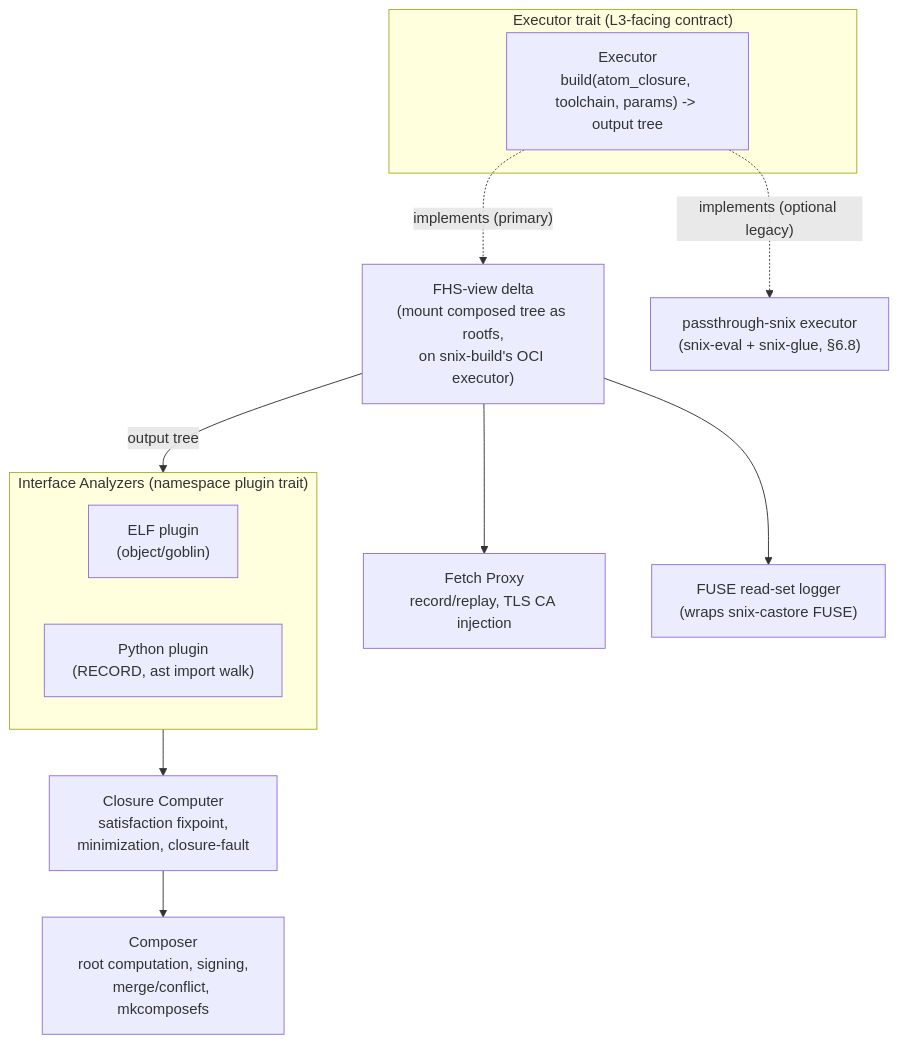
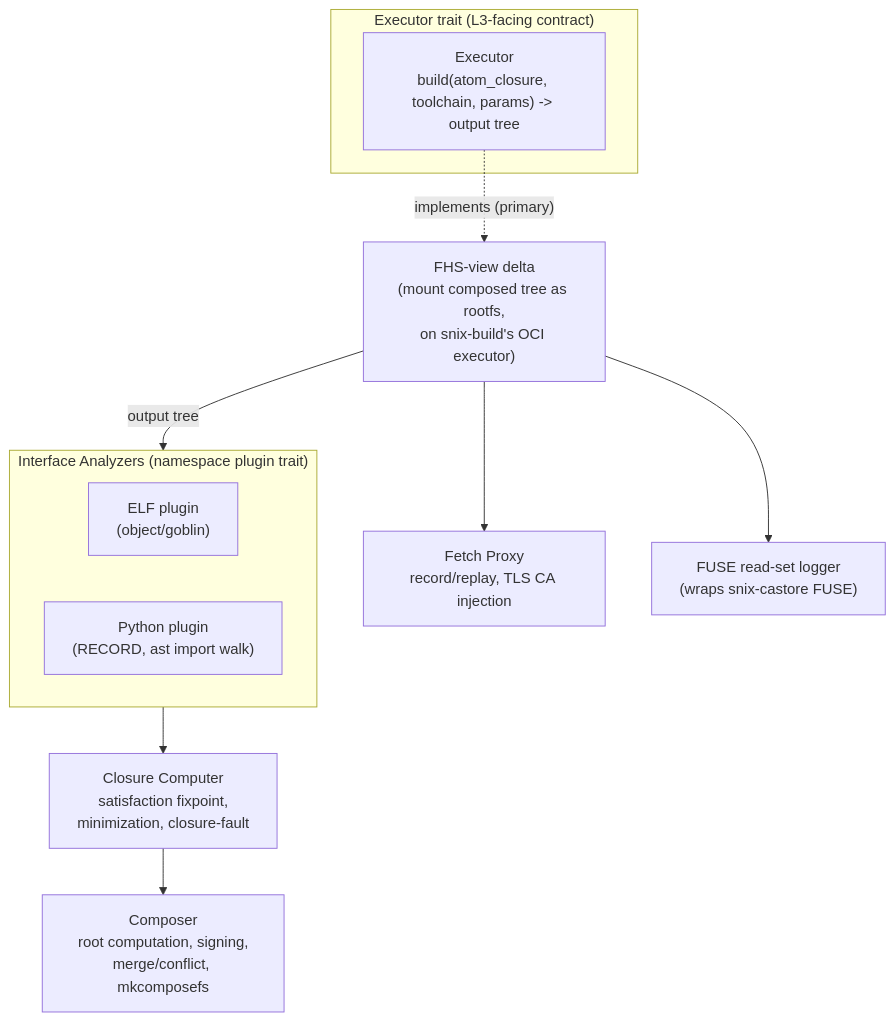
The third of 3 diagrams in docs/architecture/htc-sad.md (axiosoph/axios), drawn with Mermaid before and after one commit. The commit also changed other lines of this file and 11 other files, not shown here.

````diff
--- a/docs/architecture/htc-sad.md
+++ b/docs/architecture/htc-sad.md
@@ -299,23 +299,22 @@
 ```mermaid
 graph TB
   subgraph CORE["Executor trait (L3-facing contract)"]
     EXECT["Executor\nbuild(atom_closure, toolchain, params) -> output tree"]
   end
   COMPOSER["Composer\nroot computation, signing,\nmerge/conflict, mkcomposefs"]
   CLOSC["Closure Computer\nsatisfaction fixpoint,\nminimization, closure-fault"]
   subgraph ANALYZERS["Interface Analyzers (namespace plugin trait)"]
     ELF["ELF plugin\n(object/goblin)"]
     PY["Python plugin\n(RECORD, ast import walk)"]
   end
   FETCHP["Fetch Proxy\nrecord/replay, TLS CA injection"]
   FUSEL["FUSE read-set logger\n(wraps snix-castore FUSE)"]
   FHSD["FHS-view delta\n(mount composed tree as rootfs,\non snix-build's OCI executor)"]
 
   EXECT -. implements (primary) .-> FHSD
-  EXECT -. implements (optional legacy) .-> SNIXEVAL["passthrough-snix executor\n(snix-eval + snix-glue, §6.8)"]
   FHSD --> FUSEL
   FHSD --> FETCHP
   FHSD -->|"output tree"| ANALYZERS
   ANALYZERS --> CLOSC
   CLOSC --> COMPOSER
 ```
````
